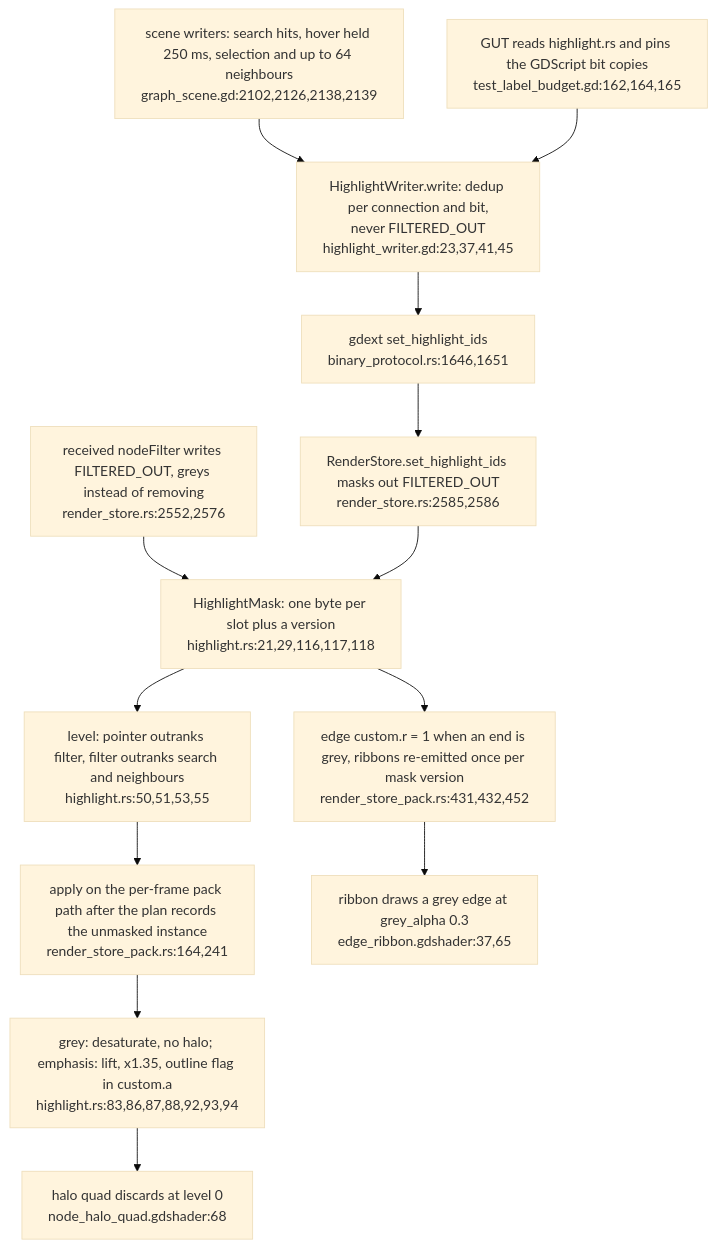
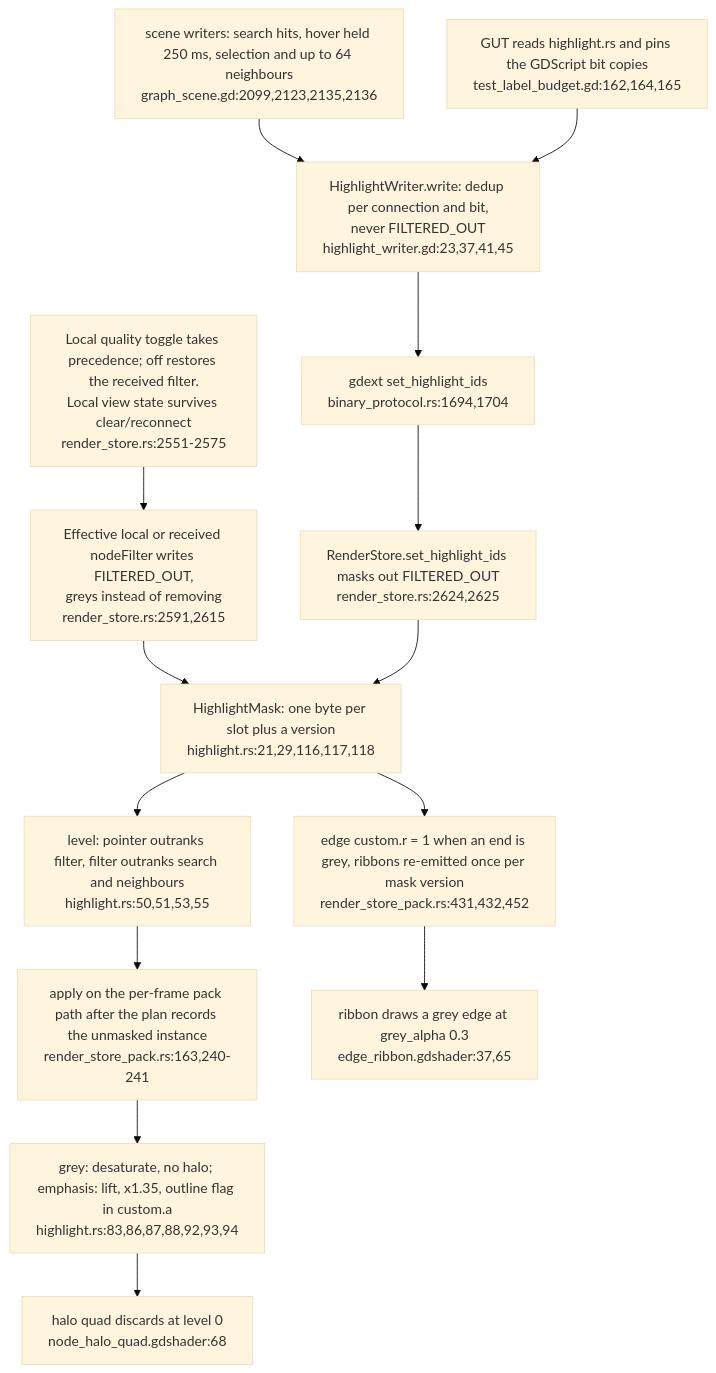
The eighth of 8 diagrams in docs/diagrams/visionclaw/51-xr-visual-budget-and-engine-gates.md (DreamLab-AI/VisionFlow), drawn with Mermaid (base theme) before and after one commit. The commit also changed other lines of this file and 24 other files, not shown here.

Commit message:
docs: align XR liveness, filtering and rendering diagrams (#33)

````diff
--- a/docs/diagrams/visionclaw/51-xr-visual-budget-and-engine-gates.md
+++ b/docs/diagrams/visionclaw/51-xr-visual-budget-and-engine-gates.md
@@ -168,15 +166,16 @@
 ```mermaid
 flowchart TD
-    SCN["scene writers: search hits, hover held 250 ms, selection and up to 64 neighbours<br/>graph_scene.gd:2102,2126,2138,2139"] --> HW["HighlightWriter.write: dedup per connection and bit,<br/>never FILTERED_OUT<br/>highlight_writer.gd:23,37,41,45"]
-    HW --> GD["gdext set_highlight_ids<br/>binary_protocol.rs:1646,1651"]
-    GD --> RS["RenderStore.set_highlight_ids masks out FILTERED_OUT<br/>render_store.rs:2585,2586"]
-    FILT["received nodeFilter writes FILTERED_OUT, greys instead of removing<br/>render_store.rs:2552,2576"] --> MASK
+    SCN["scene writers: search hits, hover held 250 ms, selection and up to 64 neighbours<br/>graph_scene.gd:2099,2123,2135,2136"] --> HW["HighlightWriter.write: dedup per connection and bit,<br/>never FILTERED_OUT<br/>highlight_writer.gd:23,37,41,45"]
+    HW --> GD["gdext set_highlight_ids<br/>binary_protocol.rs:1694,1704"]
+    GD --> RS["RenderStore.set_highlight_ids masks out FILTERED_OUT<br/>render_store.rs:2624,2625"]
+    FILT["Effective local or received nodeFilter writes FILTERED_OUT,<br/>greys instead of removing<br/>render_store.rs:2591,2615"] --> MASK
+    LOCAL["Local quality toggle takes precedence; off restores the received filter.<br/>Local view state survives clear/reconnect<br/>render_store.rs:2551-2575"] --> FILT
     RS --> MASK["HighlightMask: one byte per slot plus a version<br/>highlight.rs:21,29,116,117,118"]
     MASK --> LVL["level: pointer outranks filter, filter outranks search and neighbours<br/>highlight.rs:50,51,53,55"]
-    LVL --> APPLY["apply on the per-frame pack path after the plan records the unmasked instance<br/>render_store_pack.rs:164,241"]
+    LVL --> APPLY["apply on the per-frame pack path after the plan records the unmasked instance<br/>render_store_pack.rs:163,240-241"]
     APPLY --> NODE["grey: desaturate, no halo; emphasis: lift, x1.35, outline flag in custom.a<br/>highlight.rs:83,86,87,88,92,93,94"]
     MASK --> EDGE["edge custom.r = 1 when an end is grey, ribbons re-emitted once per mask version<br/>render_store_pack.rs:431,432,452"]
     EDGE --> SH["ribbon draws a grey edge at grey_alpha 0.3<br/>edge_ribbon.gdshader:37,65"]
     NODE --> HALO["halo quad discards at level 0<br/>node_halo_quad.gdshader:68"]
     PINB["GUT reads highlight.rs and pins the GDScript bit copies<br/>test_label_budget.gd:162,164,165"] --> HW
 ```
````
